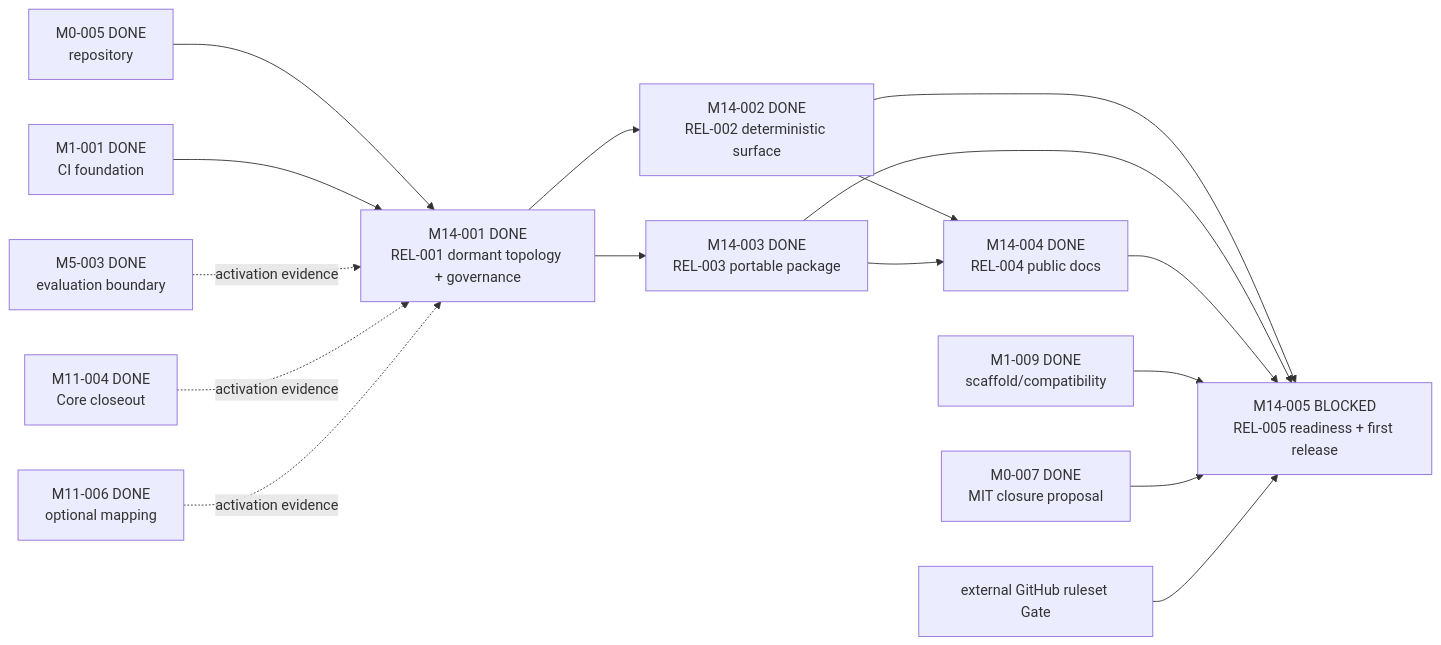
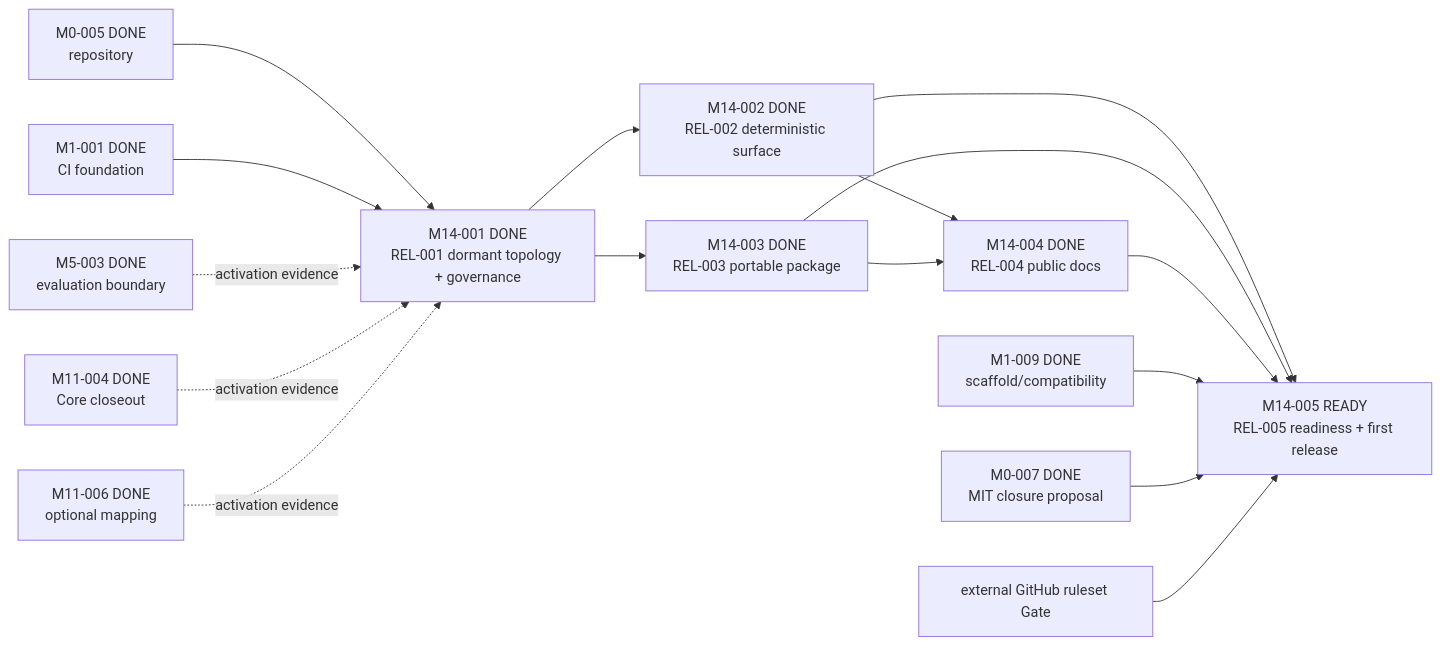
One commit to Chengyue-Lu/research-agent-workbench changed the diagram in docs/workstreams/chengyue-lu/M14-CURATED-RELEASE/README.md. Above: the diagram before and after it, drawn with Mermaid. The commit also changed other lines of this file and 8 other files, not shown here.

````diff
--- a/docs/workstreams/chengyue-lu/M14-CURATED-RELEASE/README.md
+++ b/docs/workstreams/chengyue-lu/M14-CURATED-RELEASE/README.md
@@ -38,18 +38,18 @@
 ```mermaid
 flowchart LR
     M0005["M0-005 DONE<br/>repository"] --> M14001["M14-001 DONE<br/>REL-001 dormant topology + governance"]
     M1001["M1-001 DONE<br/>CI foundation"] --> M14001
     M5003["M5-003 DONE<br/>evaluation boundary"] -. "activation evidence" .-> M14001
     M1104["M11-004 DONE<br/>Core closeout"] -. "activation evidence" .-> M14001
     M1106["M11-006 DONE<br/>optional mapping"] -. "activation evidence" .-> M14001
     M14001 --> M14002["M14-002 DONE<br/>REL-002 deterministic surface"]
     M14001 --> M14003["M14-003 DONE<br/>REL-003 portable package"]
     M14002 --> M14004["M14-004 DONE<br/>REL-004 public docs"]
     M14003 --> M14004
-    M14002 --> M14005["M14-005 BLOCKED<br/>REL-005 readiness + first release"]
+    M14002 --> M14005["M14-005 READY<br/>REL-005 readiness + first release"]
     M14003 --> M14005
     M14004 --> M14005
     M1009["M1-009 DONE<br/>scaffold/compatibility"] --> M14005
     M0007["M0-007 DONE<br/>MIT closure proposal"] --> M14005
     Remote["external GitHub ruleset Gate"] --> M14005
 ```
````
